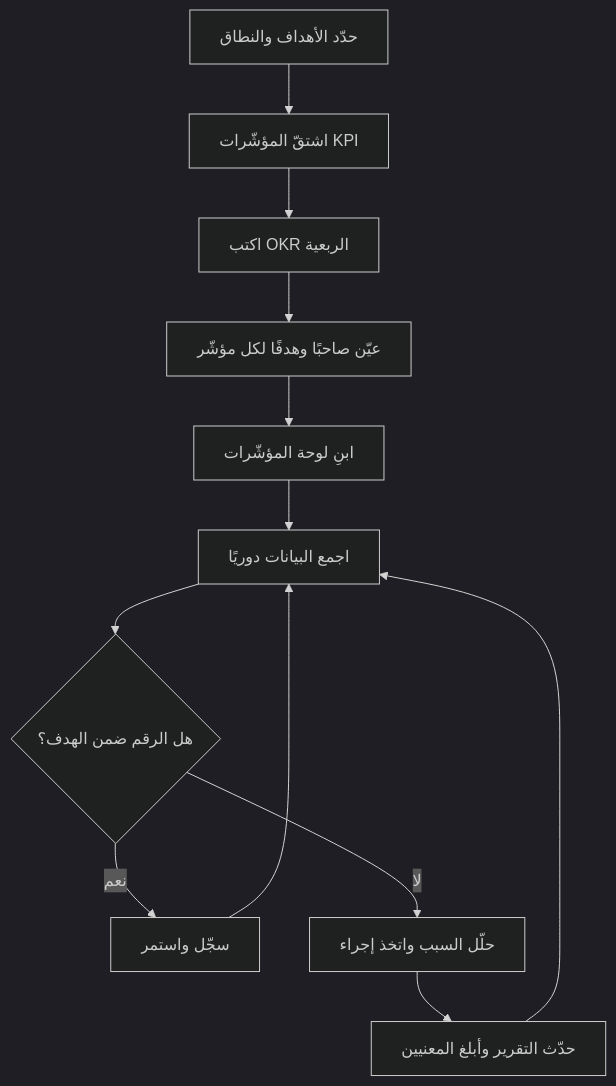
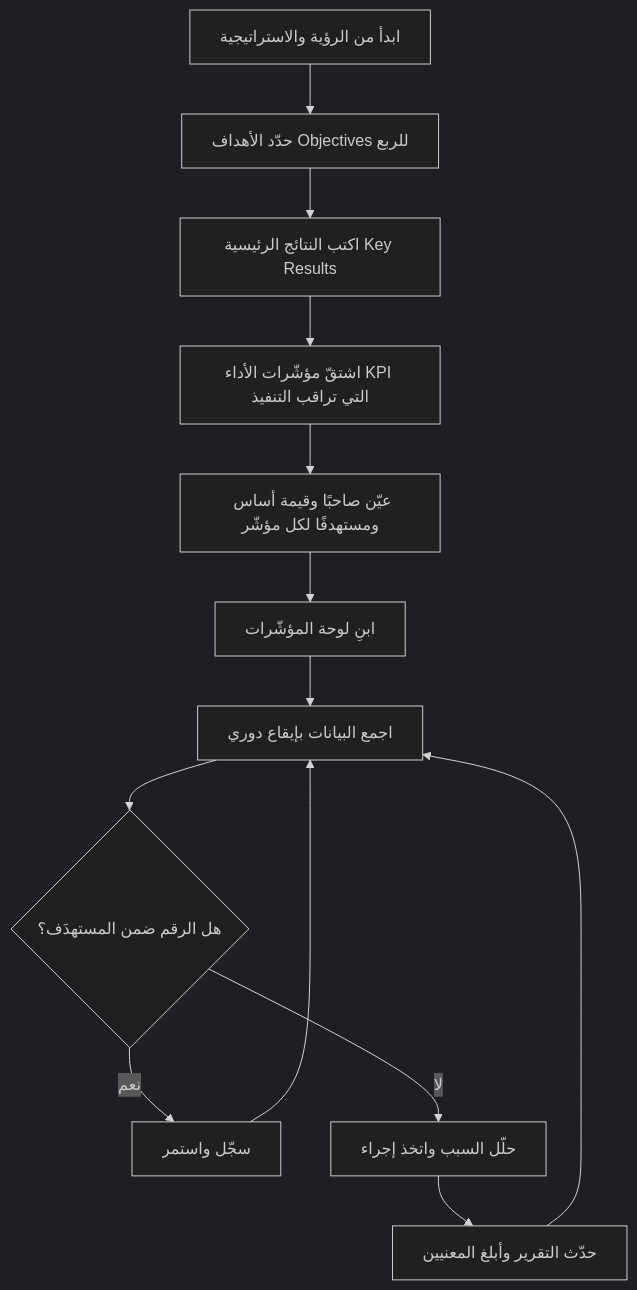
The second of 3 diagrams in content/دراسات الحالة/Afia Case Study/10 - الأداء OKR-KPI.md (MohammedFattay/Project_Management_Notes), drawn with Mermaid (dark theme) before and after one commit. The commit also changed other lines of this file and 184 other files, not shown here.

````diff
--- a/content/دراسات الحالة/Afia Case Study/10 - الأداء OKR-KPI.md
+++ b/content/دراسات الحالة/Afia Case Study/10 - الأداء OKR-KPI.md
@@ -52,14 +90,15 @@
 ```mermaid
 flowchart TD
-    A["حدّد الأهداف والنطاق"] --> B["اشتقّ المؤشّرات KPI"]
-    B --> C["اكتب OKR الربعية"]
-    C --> D["عيّن صاحبًا وهدفًا لكل مؤشّر"]
-    D --> E["ابنِ لوحة المؤشّرات"]
-    E --> F["اجمع البيانات دوريًا"]
-    F --> G{"هل الرقم ضمن الهدف؟"}
-    G -->|"نعم"| H["سجّل واستمر"]
-    G -->|"لا"| I["حلّل السبب واتخذ إجراء"]
-    I --> J["حدّث التقرير وأبلغ المعنيين"]
-    H --> F
-    J --> F
+    A["ابدأ من الرؤية والاستراتيجية"] --> B["حدّد الأهداف Objectives للربع"]
+    B --> C["اكتب النتائج الرئيسية Key Results"]
+    C --> D["اشتقّ مؤشّرات الأداء KPI التي تراقب التنفيذ"]
+    D --> E["عيّن صاحبًا وقيمة أساس ومستهدفًا لكل مؤشّر"]
+    E --> F["ابنِ لوحة المؤشّرات"]
+    F --> G["اجمع البيانات بإيقاع دوري"]
+    G --> H{"هل الرقم ضمن المستهدَف؟"}
+    H -->|"نعم"| I["سجّل واستمر"]
+    H -->|"لا"| J["حلّل السبب واتخذ إجراء"]
+    J --> K["حدّث التقرير وأبلغ المعنيين"]
+    I --> G
+    K --> G
 ```
````
